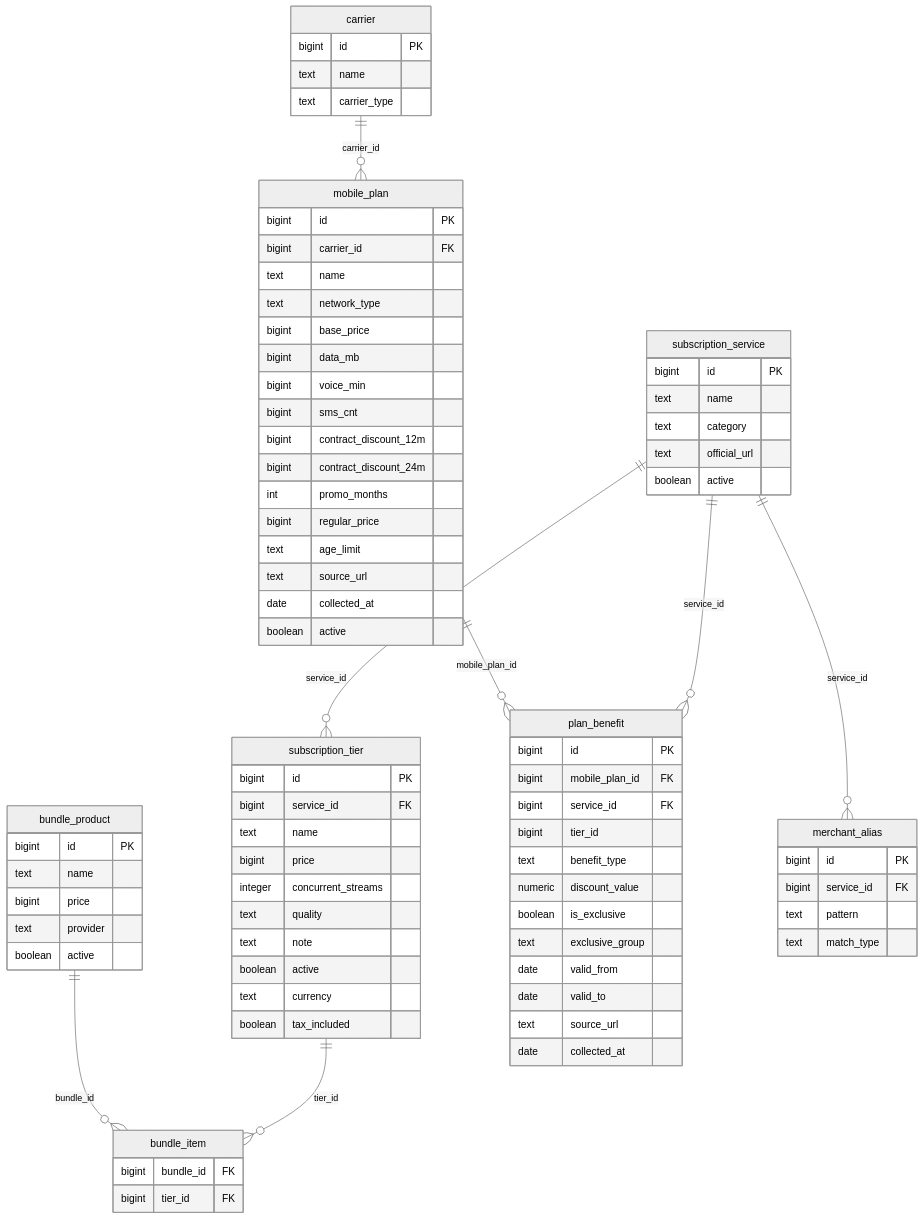
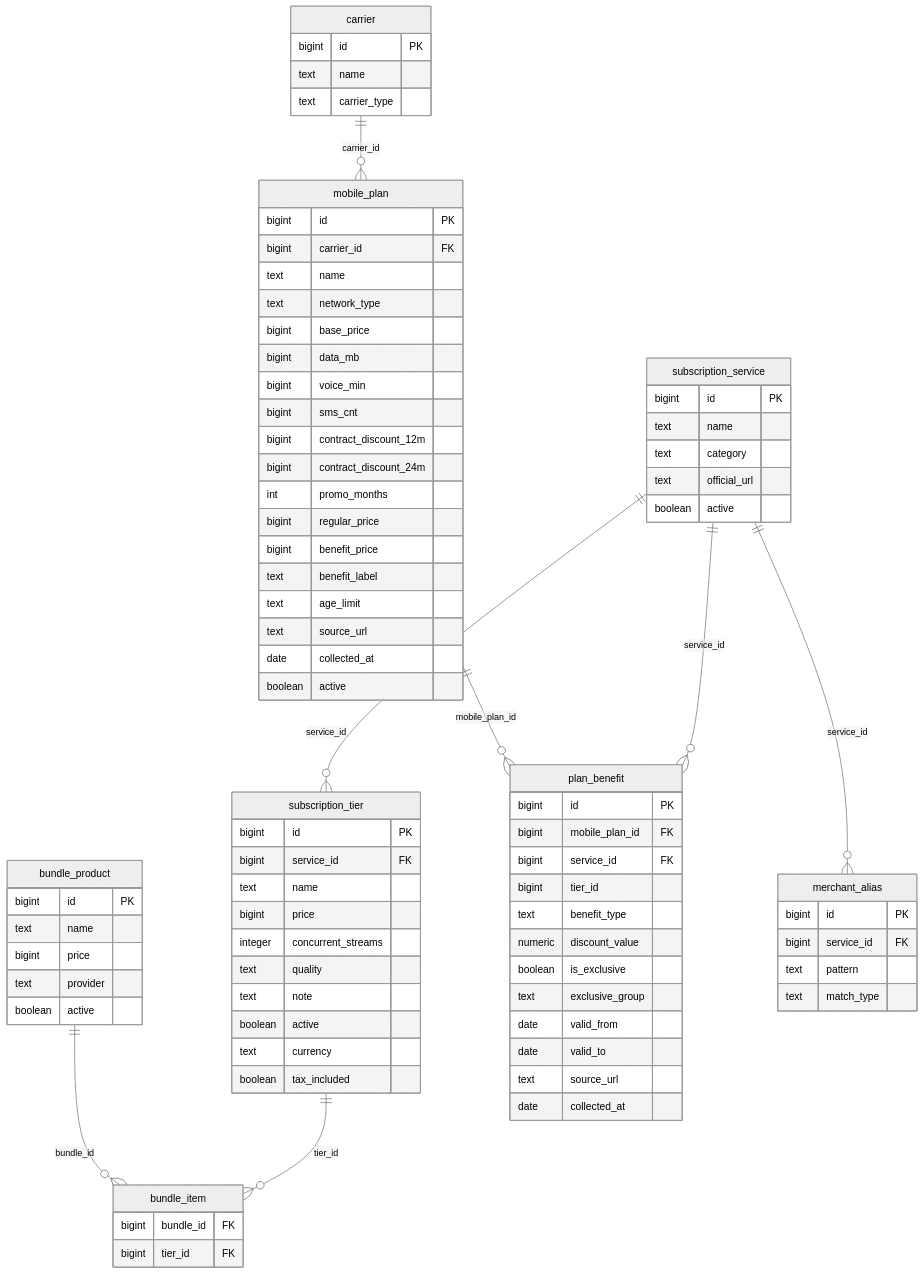
One commit to yogoB/BE_main changed the first of 5 diagrams in docs/erd.md. Above: the diagram before and after it, drawn with Mermaid (neutral theme). The commit also changed other lines of this file and 11 other files, not shown here.

```diff
--- a/docs/erd.md
+++ b/docs/erd.md
@@ -40,6 +40,8 @@
         bigint contract_discount_24m
         int promo_months
         bigint regular_price
+        bigint benefit_price
+        text benefit_label
         text age_limit
         text source_url
         date collected_at
```
